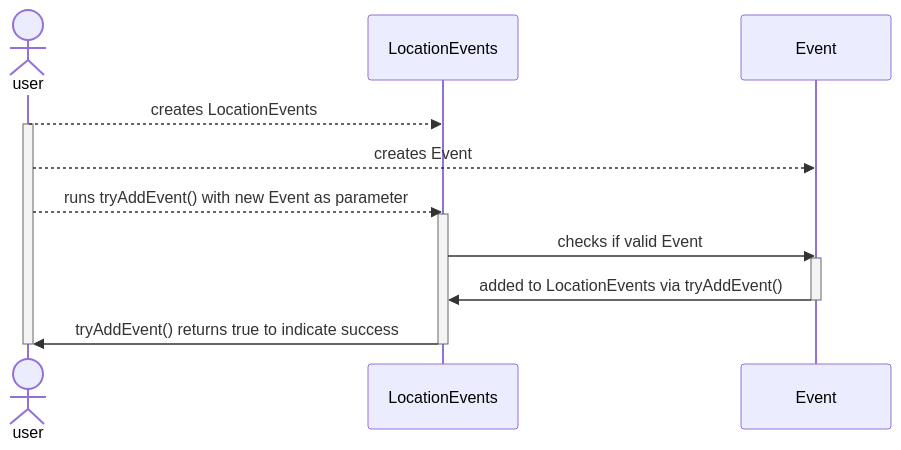
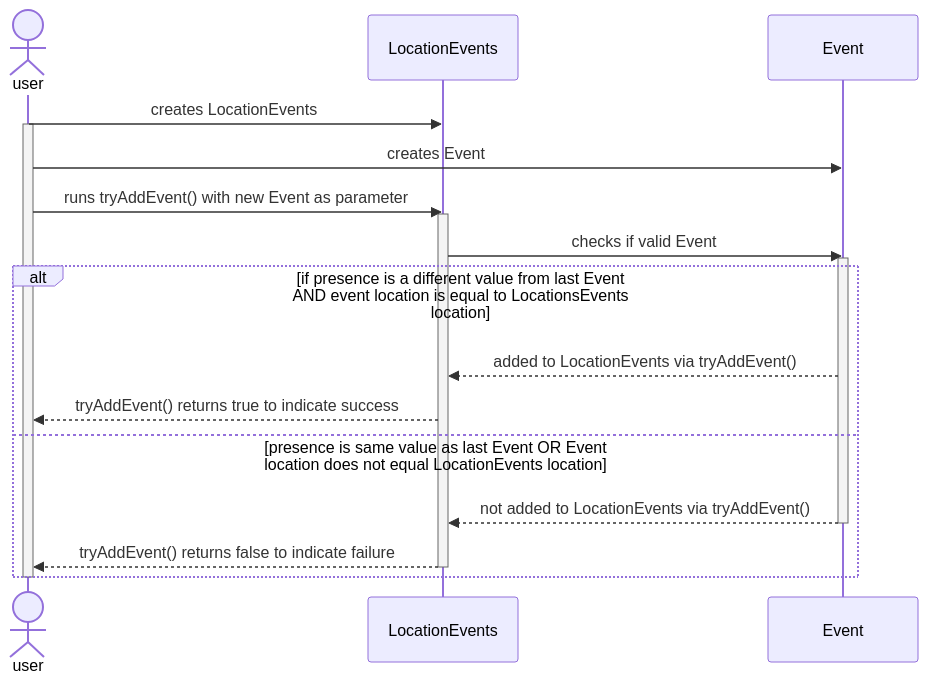
One commit to 20074694TAFE/ME-IOT-POR-Task-2 changed the second of 2 diagrams in README.md. Above: the diagram before and after it, drawn with Mermaid. The commit also changed 3 other files, not shown here.

Commit message:
more sequential diagram stuff

````diff
--- a/README.md
+++ b/README.md
@@ -17,18 +17,23 @@
 ```mermaid
 sequenceDiagram
     actor U as user
     participant L as LocationEvents
     participant E as Event
-    U-->>L: creates LocationEvents
+    U->>L: creates LocationEvents
     activate U
-    U-->>E: creates Event
-    U-->>L: runs tryAddEvent() with new Event as parameter
+    U->>E: creates Event
+    U->>L: runs tryAddEvent() with new Event as parameter
     activate L
     L->>E: checks if valid Event
     activate E
-    E->>L: added to LocationEvents via tryAddEvent()
+    alt if presence is a different value from last Event AND event location is equal to LocationsEvents location
+    E-->>L: added to LocationEvents via tryAddEvent()
+    L-->>U: tryAddEvent() returns true to indicate success
+    else presence is same value as last Event OR Event location does not equal LocationEvents location
+    E-->>L: not added to LocationEvents via tryAddEvent()
     deactivate E
-    L->>U: tryAddEvent() returns true to indicate success
+    L-->>U: tryAddEvent() returns false to indicate failure
     deactivate L
+    end
     deactivate U
 ```
````
